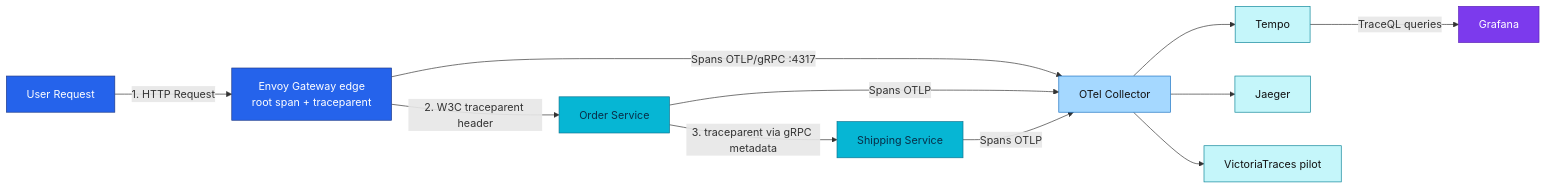
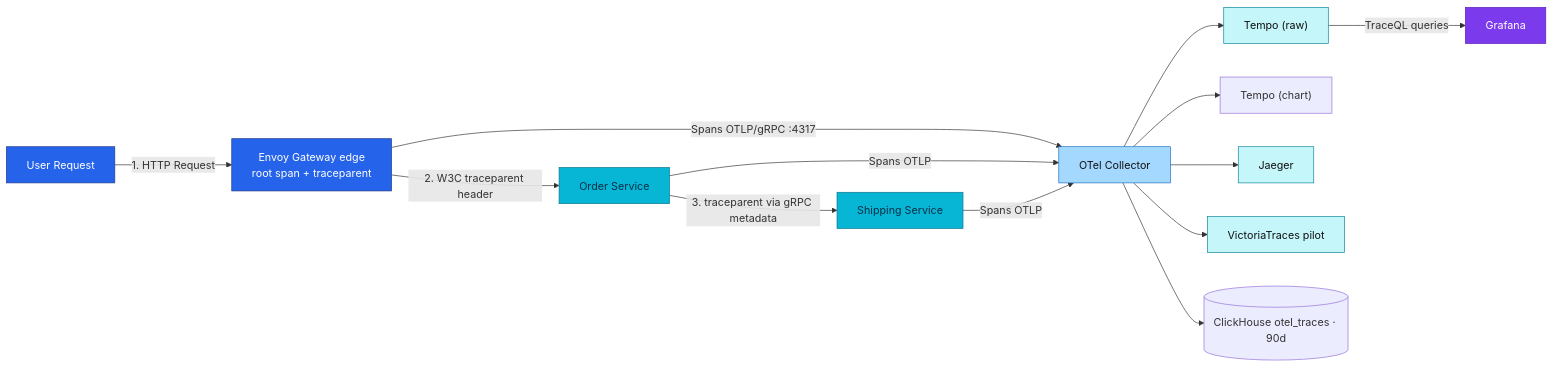
The diagram in docs/observability/tracing/README.md (duynhlab/homelab), drawn with Mermaid before and after one commit. The commit also changed other lines of this file and 12 other files, not shown here.

````diff
--- a/docs/observability/tracing/README.md
+++ b/docs/observability/tracing/README.md
@@ -77,27 +79,29 @@
 ```mermaid
 flowchart LR
     A[User Request] -->|1. HTTP Request| K[Envoy Gateway edge<br/>root span + traceparent]
     K -->|2. W3C traceparent header| C[Order Service]
     C -->|3. traceparent via gRPC metadata| D[Shipping Service]
 
     K -->|Spans OTLP/gRPC :4317| O[OTel Collector]
     C -->|Spans OTLP| O
     D -->|Spans OTLP| O
 
-    O --> E[Tempo]
+    O --> E["Tempo (raw)"]
+    O --> E2["Tempo (chart)"]
     O --> J[Jaeger]
     O --> V[VictoriaTraces pilot]
+    O --> CH[("ClickHouse otel_traces · 90d")]
 
     E -->|TraceQL queries| F[Grafana]
 
     classDef edge fill:#2563eb,color:#fff,stroke:#1e3a8a;
     classDef service fill:#06b6d4,color:#082f49,stroke:#0e7490;
     classDef platform fill:#7c3aed,color:#fff,stroke:#5b21b6;
     classDef trace fill:#c5f6fa,color:#111,stroke:#0c8599;
     classDef collector fill:#a5d8ff,color:#111,stroke:#1971c2;
     class A,K edge;
     class C,D service;
     class O collector;
     class E,J,V trace;
     class F platform;
 ```
````
